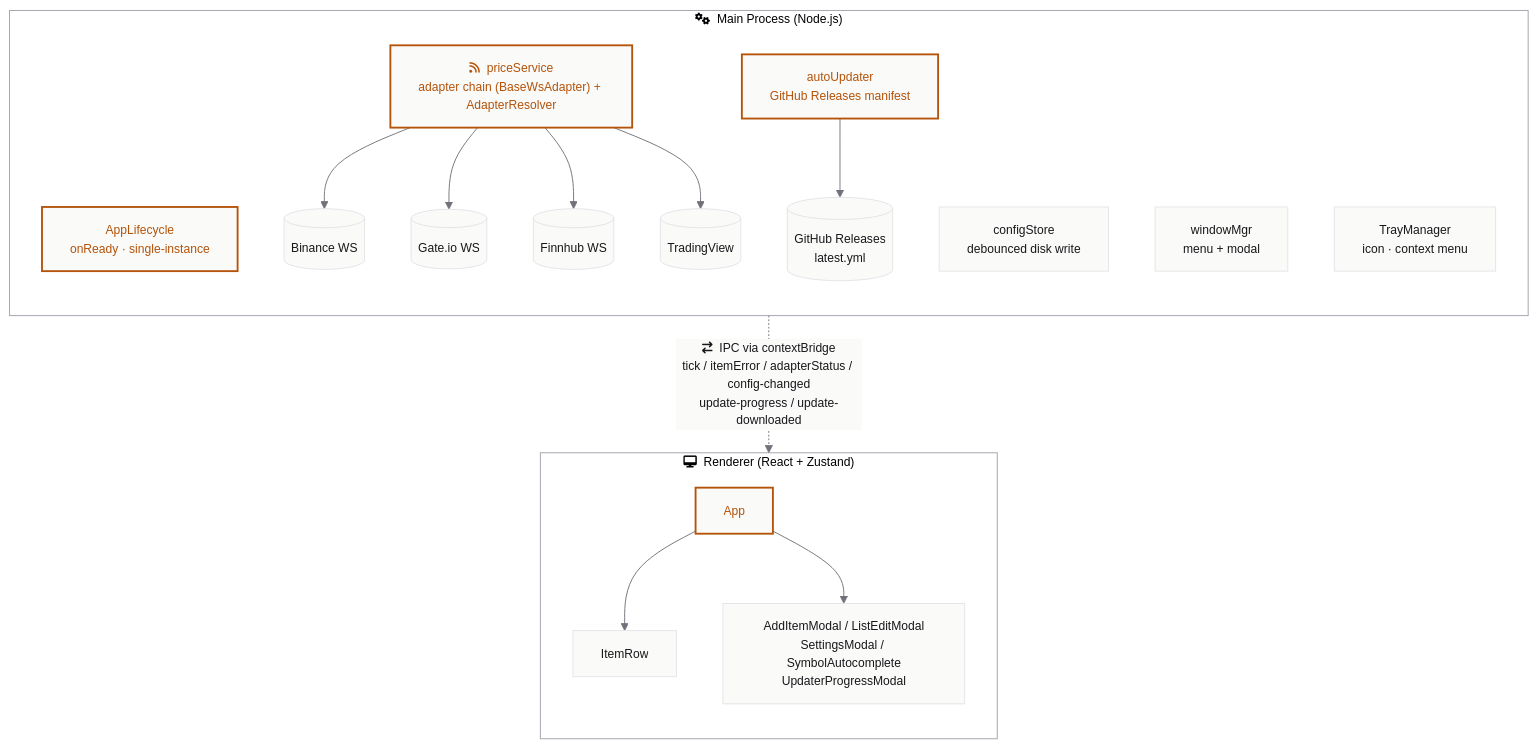
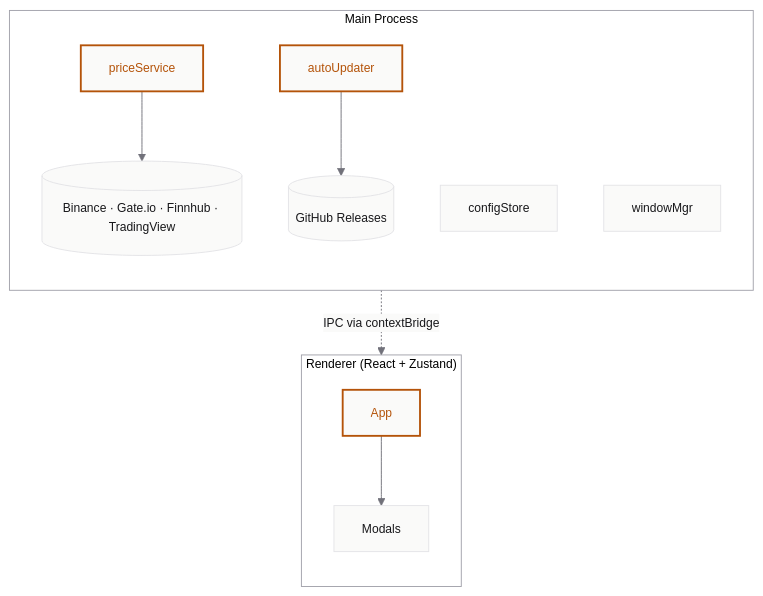
Before and after one commit to Seober/InvestingWidget: the diagram in docs/architecture.mmd, drawn with Mermaid. The commit also changed 2 other files, not shown here.

Commit message:
docs: architecture 다이어그램 간소화 + v0.6.0 svg
architecture.mmd 가 v0.2.0~v0.6.0 누적 추가로 정보 과밀 (노드 14·각 노드 sub-
description·6 IPC channel label) → high-level 의도 흐림. 옵션 A 기반 간소화 +
사용자 결정 추가 제거 (ItemRow·AppLifecycle·TrayManager).

변경:
- 노드 부속 description 모두 제거
- 4 WS external 그룹화: 4 노드 → sources 단일
- modals 안 5 컴포넌트 list → "Modals" 라벨만
- IPC arrow label 6 channel → "IPC via contextBridge"
- ItemRow / AppLifecycle / TrayManager 노드 제거
- subgraph header 의 fa icon 제거
- accent 강조 4 → 3 (lifecycle 제거 부수효과)

→ 노드 14 → 8 (절반 감소). 핵심 흐름만 남음.

docs/architecture_v0.6.0.svg 신규 — 사용자가 mermaid.live 에서 export.
.gitignore: *:Zone.Identifier 추가 (Windows MOTW ADS 추적 회피).

```diff
--- a/docs/architecture.mmd
+++ b/docs/architecture.mmd
@@ -1,45 +1,38 @@
 %%{init: {
     "theme": "base",
     "themeVariables": {
       "background": "#FAFAF9",
       "mainBkg": "#FAFAF9",
       "primaryColor": "#FAFAF9",
       "primaryTextColor": "#18181B",
       "primaryBorderColor": "#E4E4E7",
       "lineColor": "#71717A",
       "fontFamily": "ui-monospace, Menlo, Cascadia Code, monospace",
       "fontSize": "13px",
       "clusterBkg": "transparent",
       "clusterBorder": "#A1A1AA",
       "edgeLabelBackground": "#FAFAF9"
     }
   }}%%
   flowchart TB
-      subgraph main["fa:fa-cogs &nbsp;Main Process (Node.js)"]
+      subgraph main["Main Process"]
           direction TB
-          lifecycle["AppLifecycle<br/>onReady · single-instance"]:::accent
-          ps["fa:fa-rss &nbsp;priceService<br/>adapter chain (BaseWsAdapter) + AdapterResolver"]:::accent
-          cs["configStore<br/>debounced disk write"]
-          wm["windowMgr<br/>menu + modal"]
-          tray["TrayManager<br/>icon · context menu"]
-          updater["autoUpdater<br/>GitHub Releases manifest"]:::accent
+          ps["priceService"]:::accent
+          cs["configStore"]
+          wm["windowMgr"]
+          updater["autoUpdater"]:::accent
 
-          ps --> binance[("Binance WS")]
-          ps --> gateio[("Gate.io WS")]
-          ps --> finnhub[("Finnhub WS")]
-          ps --> tv[("TradingView")]
-          updater --> ghrelease[("GitHub Releases<br/>latest.yml")]
+          ps --> sources[("Binance · Gate.io · Finnhub · TradingView")]
+          updater --> ghr[("GitHub Releases")]
       end
 
-      subgraph renderer["fa:fa-desktop &nbsp;Renderer (React + Zustand)"]
+      subgraph renderer["Renderer (React + Zustand)"]
           direction TB
           app["App"]:::accent
-          ir["ItemRow"]
-          modals["AddItemModal / ListEditModal<br/>SettingsModal / SymbolAutocomplete<br/>UpdaterProgressModal"]
-          app --> ir
+          modals["Modals"]
           app --> modals
       end
 
-      main -.->|"fa:fa-exchange &nbsp;IPC via contextBridge<br/>tick / itemError / adapterStatus / config-changed<br/>update-progress / update-downloaded"| renderer
+      main -.->|"IPC via contextBridge"| renderer
 
       classDef accent stroke:#B45309,color:#B45309,stroke-width:2px
```
